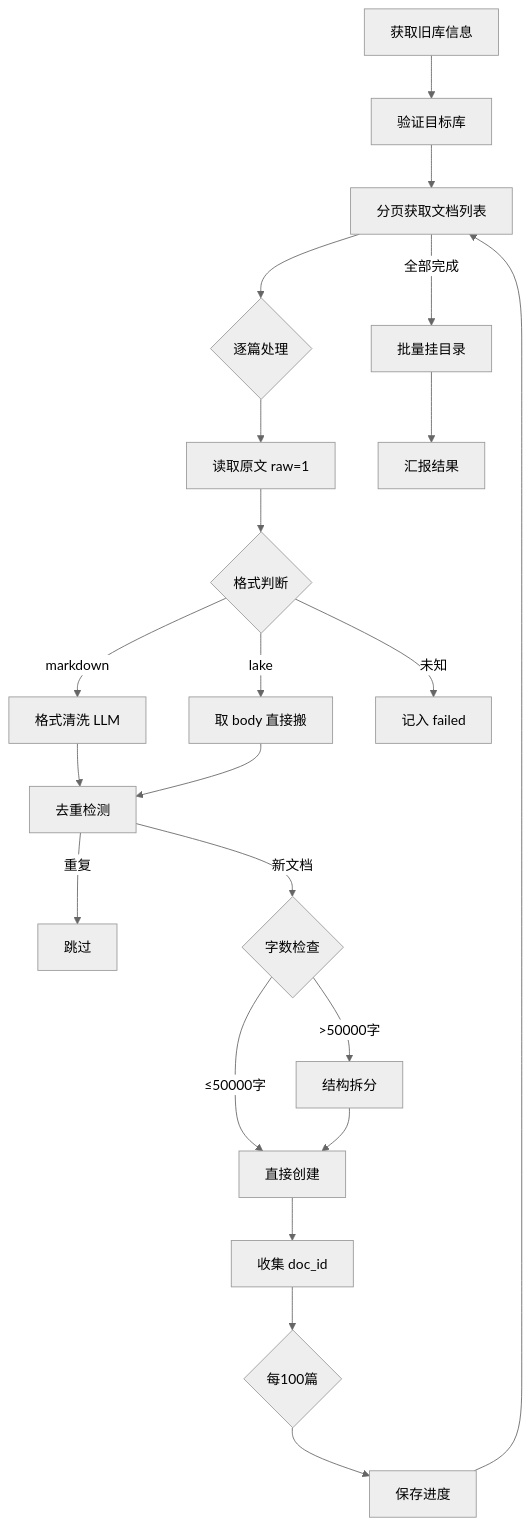
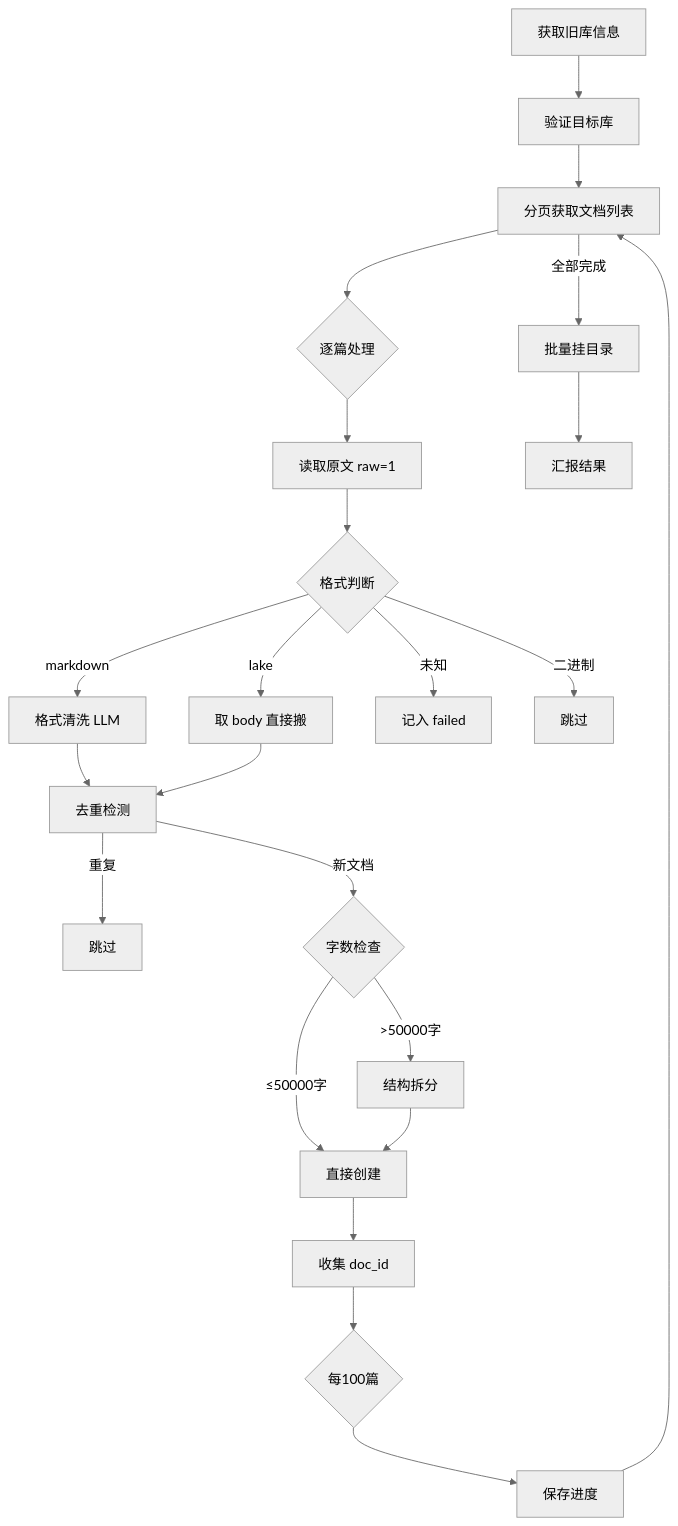
Before and after one commit to yehuoshun/yuque-migration-skill: the diagram in README.md, drawn with Mermaid (neutral theme). The commit also changed other lines of this file, not shown here.

````diff
--- a/README.md
+++ b/README.md
@@ -58,24 +57,25 @@
 ```mermaid
 flowchart TD
     A[获取旧库信息] --> B[验证目标库]
     B --> C[分页获取文档列表]
     C --> D{逐篇处理}
     D --> E[读取原文 raw=1]
     E --> F{格式判断}
     F -->|markdown| G[格式清洗 LLM]
     F -->|lake| H[取 body 直接搬]
     F -->|未知| I[记入 failed]
-    G --> J[去重检测]
-    H --> J
-    J -->|重复| K[跳过]
-    J -->|新文档| L{字数检查}
-    L -->|>50000字| M[结构拆分]
-    L -->|≤50000字| N[直接创建]
-    M --> N
-    N --> O[收集 doc_id]
-    O --> P{每100篇}
-    P --> Q[保存进度]
-    Q --> C
-    C -->|全部完成| R[批量挂目录]
-    R --> S[汇报结果]
+    F -->|二进制| J[跳过]
+    G --> K[去重检测]
+    H --> K
+    K -->|重复| L[跳过]
+    K -->|新文档| M{字数检查}
+    M -->|>50000字| N[结构拆分]
+    M -->|≤50000字| O[直接创建]
+    N --> O
+    O --> P[收集 doc_id]
+    P --> Q{每100篇}
+    Q --> R[保存进度]
+    R --> C
+    C -->|全部完成| S[批量挂目录]
+    S --> T[汇报结果]
 ```
````
